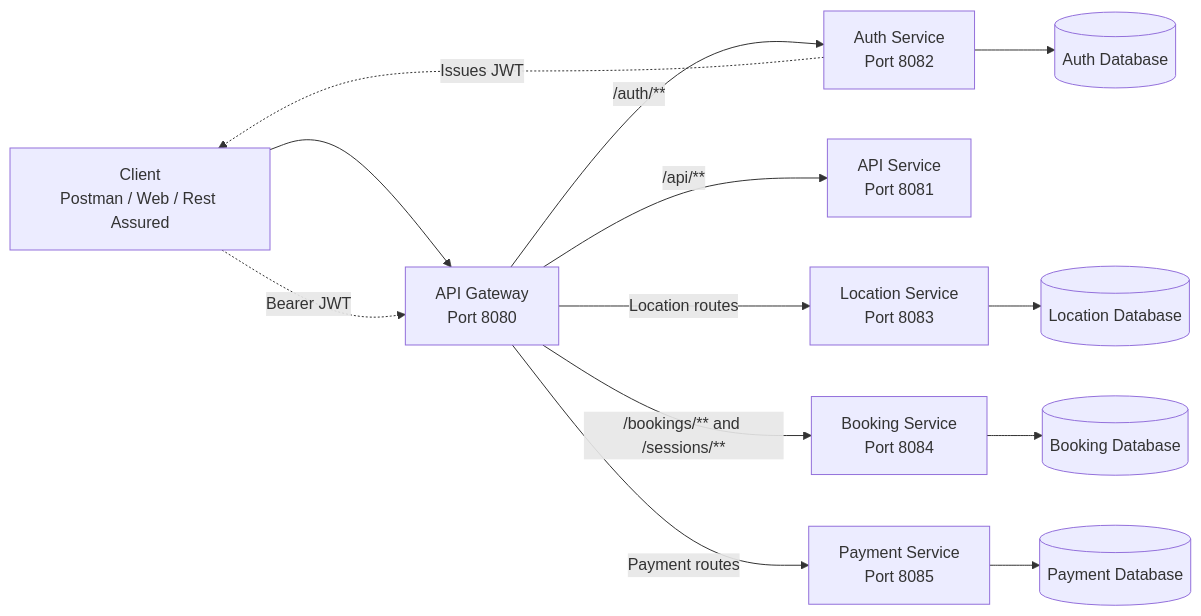
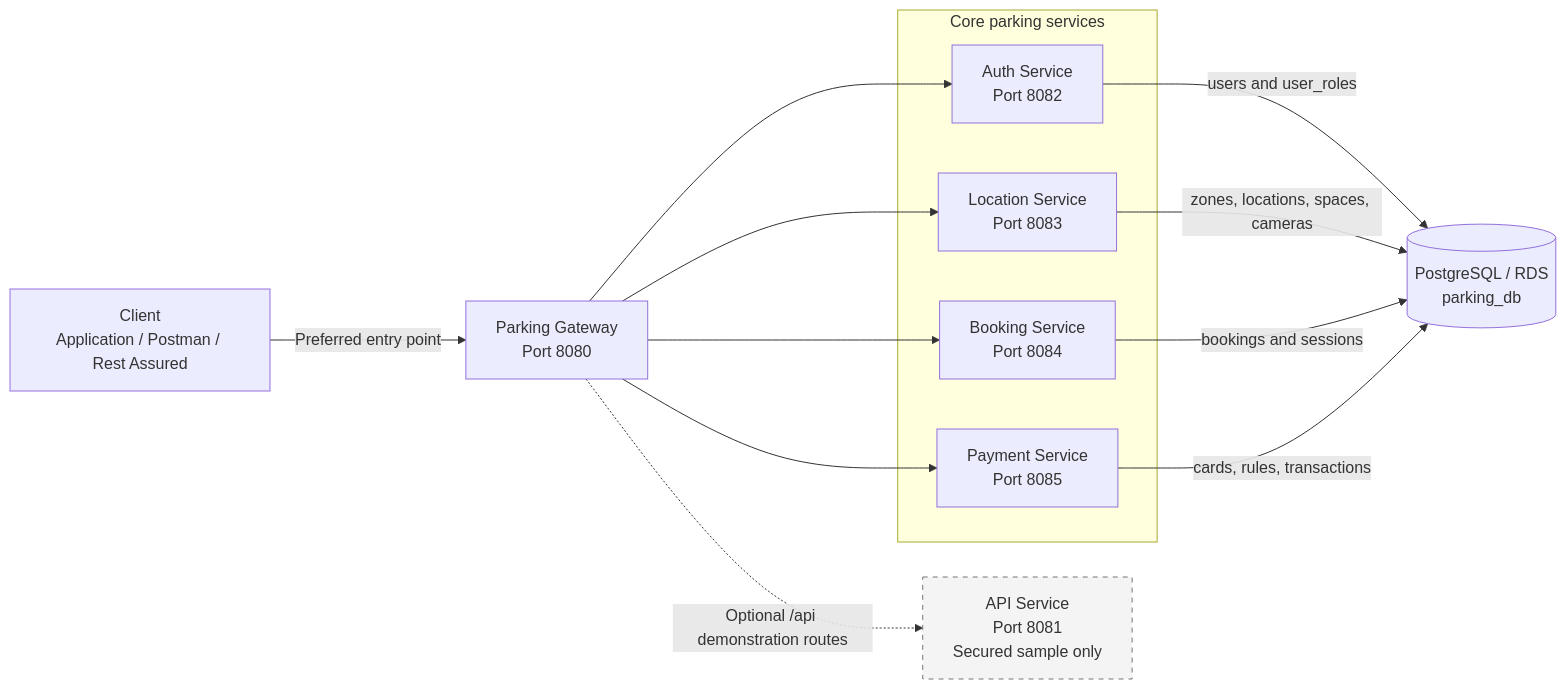
Before and after one commit to sangeethadhatrika510-svg/test-parking-api-testing: the first of 10 diagrams in Parking_Microservices_Architecture.md, drawn with Mermaid. The commit also changed other lines of this file, not shown here.

First line of the commit message:
Update Parking_Microservices_Architecture.md

````diff
--- a/Parking_Microservices_Architecture.md
+++ b/Parking_Microservices_Architecture.md
@@ -7,31 +24,31 @@
 ```mermaid
 flowchart LR
-    Client["Client<br/>Postman / Web / Rest Assured"]
-    Gateway["API Gateway<br/>Port 8080"]
-    Auth["Auth Service<br/>Port 8082"]
-    API["API Service<br/>Port 8081"]
-    Location["Location Service<br/>Port 8083"]
-    Booking["Booking Service<br/>Port 8084"]
-    Payment["Payment Service<br/>Port 8085"]
+    Client["Client<br/>Application / Postman / Rest Assured"]
+    Gateway["Parking Gateway<br/>Port 8080"]
 
-    AuthDB[("Auth Database")]
-    LocationDB[("Location Database")]
-    BookingDB[("Booking Database")]
-    PaymentDB[("Payment Database")]
+    subgraph Core["Core parking services"]
+        Auth["Auth Service<br/>Port 8082"]
+        Location["Location Service<br/>Port 8083"]
+        Booking["Booking Service<br/>Port 8084"]
+        Payment["Payment Service<br/>Port 8085"]
+    end
 
-    Client --> Gateway
+    API["API Service<br/>Port 8081<br/>Secured sample only"]
+    DB[("PostgreSQL / RDS<br/>parking_db")]
 
-    Gateway -->|/auth/**| Auth
-    Gateway -->|/api/**| API
-    Gateway -->|Location routes| Location
-    Gateway -->|/bookings/** and /sessions/**| Booking
-    Gateway -->|Payment routes| Payment
+    Client -->|Preferred entry point| Gateway
+    Gateway --> Auth
+    Gateway --> Location
+    Gateway --> Booking
+    Gateway --> Payment
 
-    Auth --> AuthDB
-    Location --> LocationDB
-    Booking --> BookingDB
-    Payment --> PaymentDB
+    Gateway -.->|Optional /api demonstration routes| API
 
-    Auth -.->|Issues JWT| Client
-    Client -.->|Bearer JWT| Gateway
+    Auth -->|users and user_roles| DB
+    Location -->|zones, locations, spaces, cameras| DB
+    Booking -->|bookings and sessions| DB
+    Payment -->|cards, rules, transactions| DB
+
+    classDef optional fill:#f4f4f4,stroke:#777,stroke-dasharray:5 5,color:#333;
+    class API optional;
 ```
````
